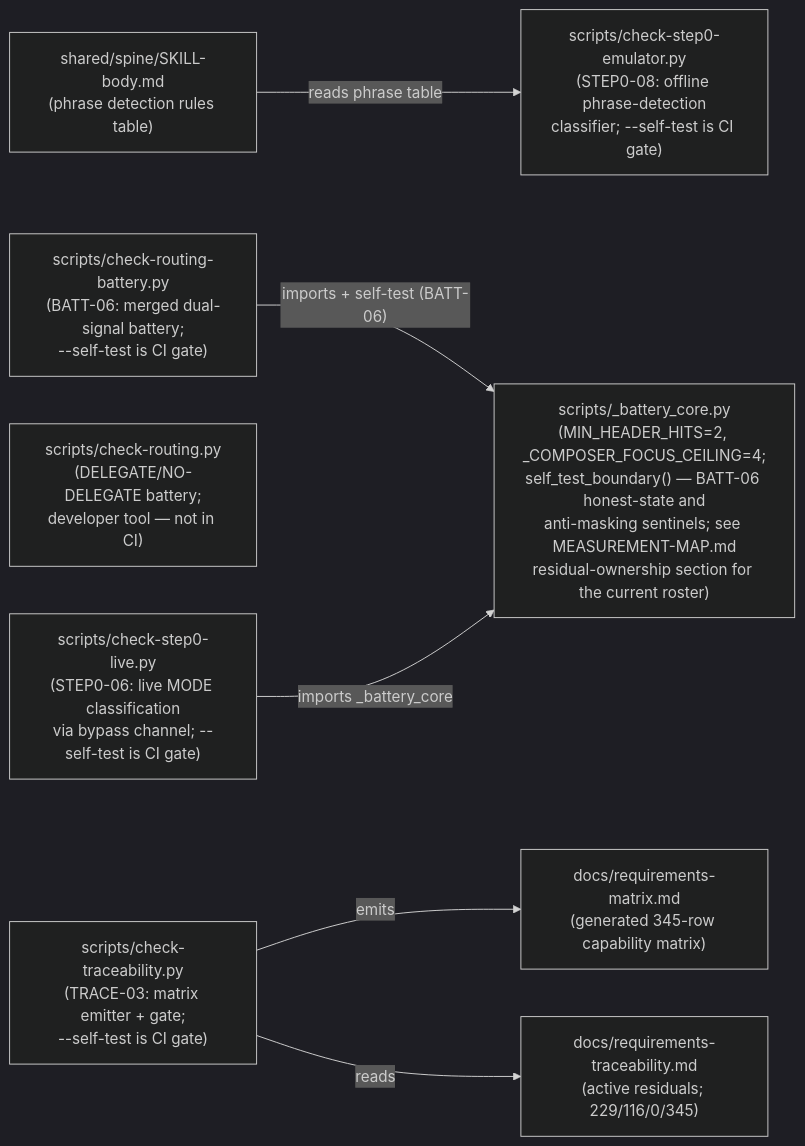
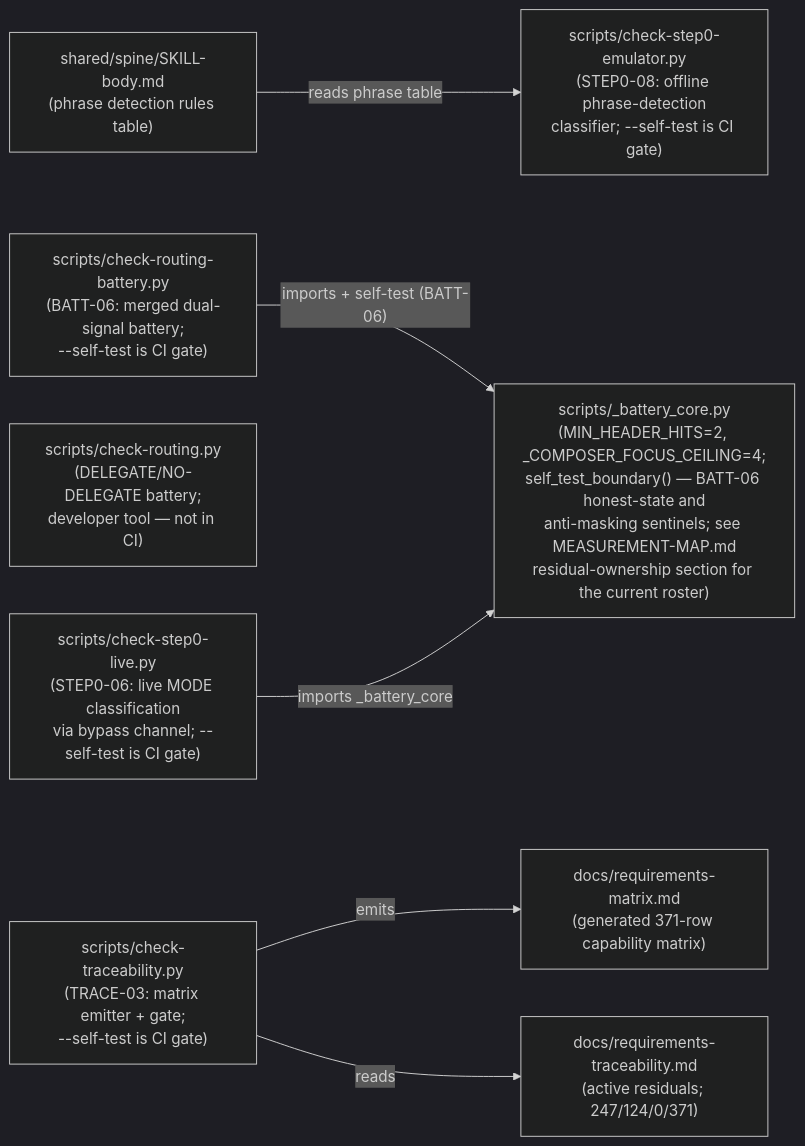
Before and after one commit to chrisdavidson/first-principles-skill: the second of 2 diagrams in docs/COMPONENT-DIAGRAM.md, drawn with Mermaid (dark theme). The commit also changed 10 other files, not shown here.

First line of the commit message:
feat(33): register v8.19, v8.20 and v8.21 requirements and residuals RR-108-04/RR-108-05 as matrix rows, sweep headline (ROWS-01, ROWS-03, ROWS-05, RESID-01)

````diff
--- a/docs/COMPONENT-DIAGRAM.md
+++ b/docs/COMPONENT-DIAGRAM.md
@@ -84,24 +84,24 @@
 ```mermaid
 flowchart LR
     SKILLBODY["shared/spine/SKILL-body.md\n(phrase detection rules table)"]
 
     CORE["scripts/_battery_core.py\n(MIN_HEADER_HITS=2, _COMPOSER_FOCUS_CEILING=4;\nself_test_boundary() — BATT-06 honest-state and\nanti-masking sentinels; see MEASUREMENT-MAP.md\nresidual-ownership section for the current roster)"]
 
     BATT["scripts/check-routing-battery.py\n(BATT-06: merged dual-signal battery;\n--self-test is CI gate)"]
     ROUTING["scripts/check-routing.py\n(DELEGATE/NO-DELEGATE battery;\ndeveloper tool — not in CI)"]
 
     EMU["scripts/check-step0-emulator.py\n(STEP0-08: offline phrase-detection\nclassifier; --self-test is CI gate)"]
     LIVE["scripts/check-step0-live.py\n(STEP0-06: live MODE classification\nvia bypass channel; --self-test is CI gate)"]
 
     TRACE["scripts/check-traceability.py\n(TRACE-03: matrix emitter + gate;\n--self-test is CI gate)"]
-    MATRIX["docs/requirements-matrix.md\n(generated 345-row capability matrix)"]
-    TRACEABILITY["docs/requirements-traceability.md\n(active residuals; 229/116/0/345)"]
+    MATRIX["docs/requirements-matrix.md\n(generated 371-row capability matrix)"]
+    TRACEABILITY["docs/requirements-traceability.md\n(active residuals; 247/124/0/371)"]
 
     SKILLBODY -->|"reads phrase table"| EMU
 
     BATT -->|"imports + self-test (BATT-06)"| CORE
     LIVE -->|"imports _battery_core"| CORE
 
     TRACE -->|"emits"| MATRIX
     TRACE -->|"reads"| TRACEABILITY
 ```
````
